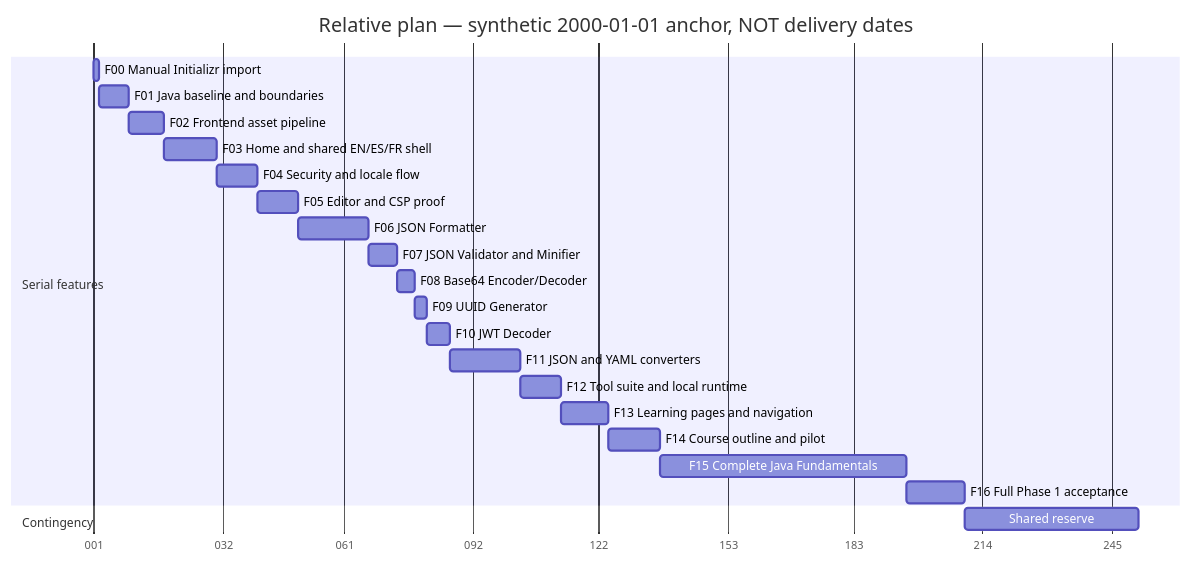
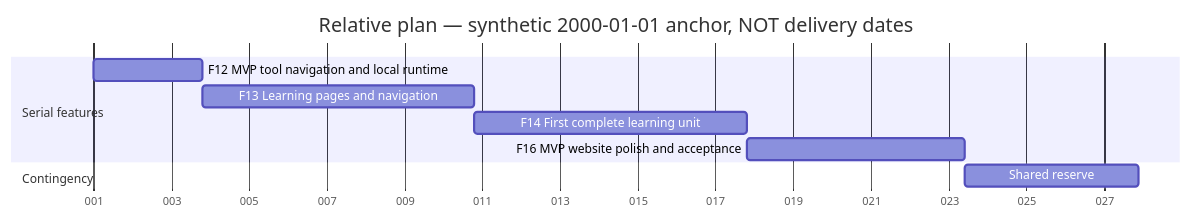
One commit to ziuld/beneath-the-code-page changed the diagram in docs/planning/gantt.mmd. Above: the diagram before and after it, drawn with Mermaid. The commit also changed 87 other files, not shown here.

First line of the commit message:
feat(F07): add JSON Validator and Minifier with focused MVP plan (#7)

```diff
--- a/docs/planning/gantt.mmd
+++ b/docs/planning/gantt.mmd
@@ -1,24 +1,11 @@
 gantt
     title Relative plan — synthetic 2000-01-01 anchor, NOT delivery dates
     dateFormat YYYY-MM-DDTHH:mm
     axisFormat %j
     section Serial features
-    F00 Manual Initializr import :F00, 2000-01-01T00:00, 2000-01-02T09:36
-    F01 Java baseline and boundaries :F01, 2000-01-02T09:36, 2000-01-09T09:36
-    F02 Frontend asset pipeline :F02, 2000-01-09T09:36, 2000-01-17T19:12
-    F03 Home and shared EN/ES/FR shell :F03, 2000-01-17T19:12, 2000-01-30T09:36
-    F04 Security and locale flow :F04, 2000-01-30T09:36, 2000-02-09T04:48
-    F05 Editor and CSP proof :F05, 2000-02-09T04:48, 2000-02-19T00:00
-    F06 JSON Formatter :F06, 2000-02-19T00:00, 2000-03-06T19:12
-    F07 JSON Validator and Minifier :F07, 2000-03-06T19:12, 2000-03-13T19:12
-    F08 Base64 Encoder/Decoder :F08, 2000-03-13T19:12, 2000-03-18T00:00
-    F09 UUID Generator :F09, 2000-03-18T00:00, 2000-03-20T19:12
-    F10 JWT Decoder :F10, 2000-03-20T19:12, 2000-03-26T09:36
-    F11 JSON and YAML converters :F11, 2000-03-26T09:36, 2000-04-12T04:48
-    F12 Tool suite and local runtime :F12, 2000-04-12T04:48, 2000-04-22T00:00
-    F13 Learning pages and navigation :F13, 2000-04-22T00:00, 2000-05-03T04:48
-    F14 Course outline and pilot :F14, 2000-05-03T04:48, 2000-05-15T19:12
-    F15 Complete Java Fundamentals :F15, 2000-05-15T19:12, 2000-07-13T14:24
-    F16 Full Phase 1 acceptance :F16, 2000-07-13T14:24, 2000-07-27T14:24
+    F12 MVP tool navigation and local runtime :F12, 2000-01-01T00:00, 2000-01-03T19:12
+    F13 Learning pages and navigation :F13, 2000-01-03T19:12, 2000-01-10T19:12
+    F14 First complete learning unit :F14, 2000-01-10T19:12, 2000-01-17T19:12
+    F16 MVP website polish and acceptance :F16, 2000-01-17T19:12, 2000-01-23T09:36
     section Contingency
-    Shared reserve :reserve, 2000-07-27T14:24, 2000-09-07T07:40
+    Shared reserve :reserve, 2000-01-23T09:36, 2000-01-27T21:07
```
